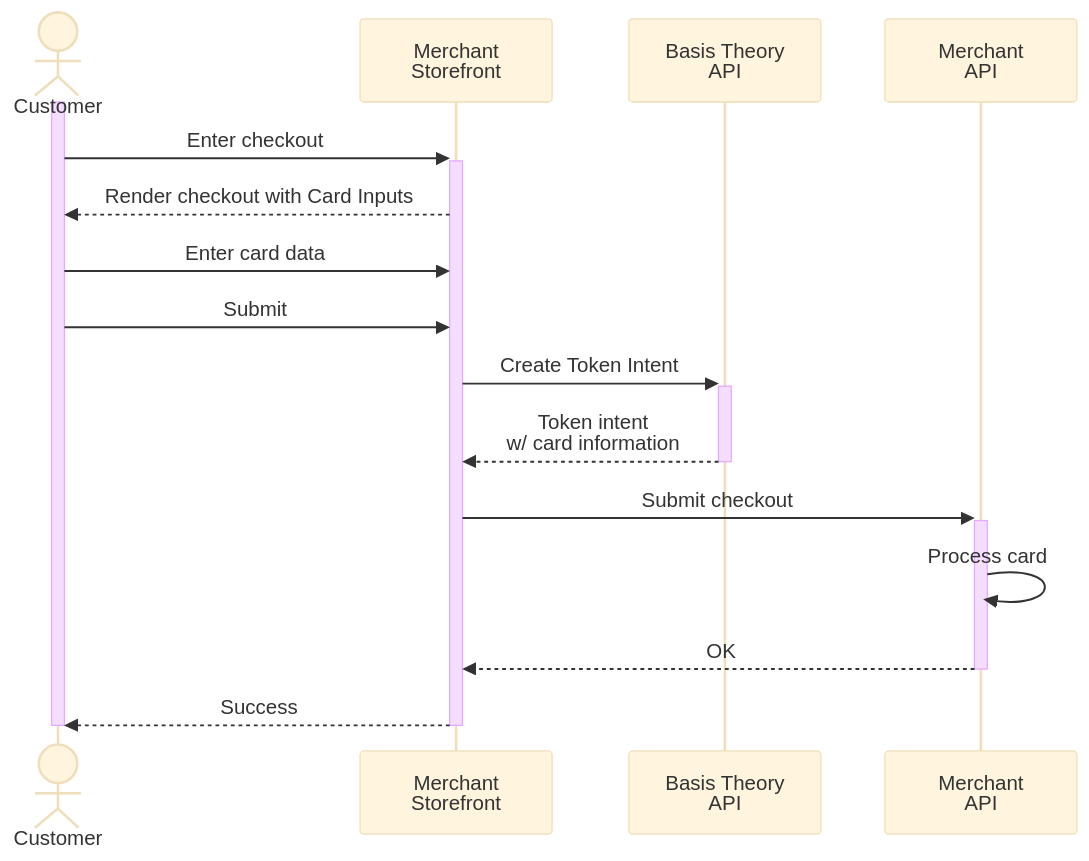
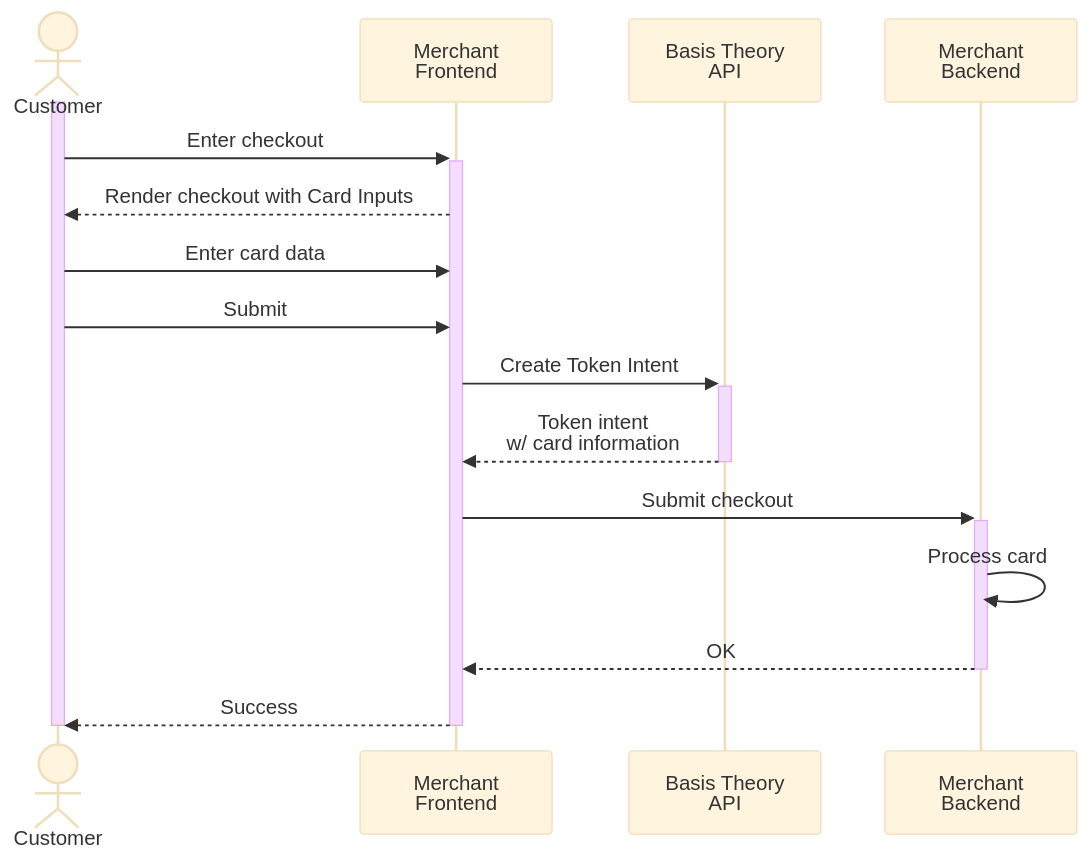
One commit to Basis-Theory/developers.basistheory.com changed the diagram in docs/card-payments/use-your-own-inputs.mdx. Above: the diagram before and after it, drawn with Mermaid (base theme). The commit also changed 10 other files, not shown here.

````diff
--- a/docs/card-payments/use-your-own-inputs.mdx
+++ b/docs/card-payments/use-your-own-inputs.mdx
@@ -28,20 +28,20 @@
 ```mermaid
   sequenceDiagram
     actor customer as Customer
-    participant storefront as Merchant<br>Storefront
+    participant frontend as Merchant<br>Frontend
     participant bapi as Basis Theory<br>API
-    participant mapi as Merchant<br>API
+    participant mbe as Merchant<br>Backend
 
     activate customer
-    customer ->>+ storefront: Enter checkout
-    storefront -->> customer: Render checkout with Card Inputs
-    customer ->> storefront: Enter card data
-    customer ->> storefront: Submit
-    storefront ->>+ bapi: Create Token Intent
-    bapi -->>- storefront:  Token intent<br>w/ card information
-    storefront ->>+ mapi: Submit checkout
-    mapi ->> mapi: Process card
-    mapi -->>- storefront: OK
-    storefront -->>- customer: Success
+    customer ->>+ frontend: Enter checkout
+    frontend -->> customer: Render checkout with Card Inputs
+    customer ->> frontend: Enter card data
+    customer ->> frontend: Submit
+    frontend ->>+ bapi: Create Token Intent
+    bapi -->>- frontend:  Token intent<br>w/ card information
+    frontend ->>+ mbe: Submit checkout
+    mbe ->> mbe: Process card
+    mbe -->>- frontend: OK
+    frontend -->>- customer: Success
     deactivate customer
 ```
````
